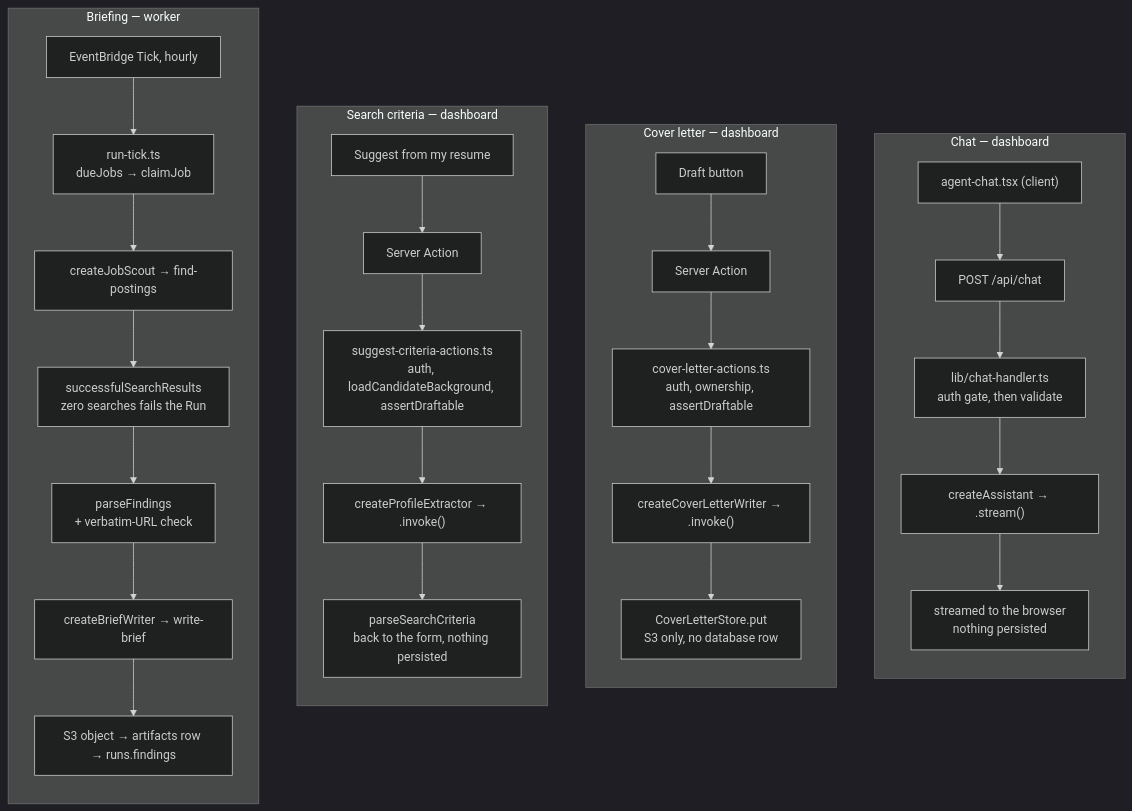
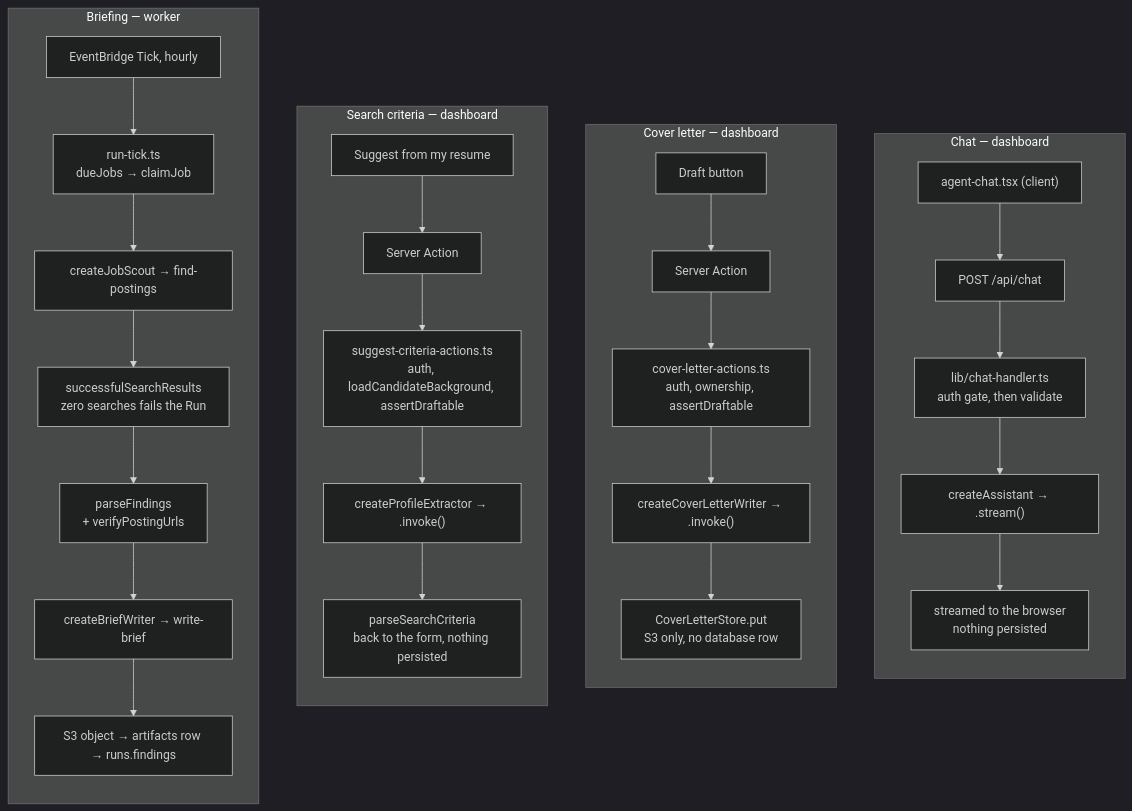
Before and after one commit to sunnyeyles/control-panel: the fourth of 5 diagrams in docs/agent-architecture.md, drawn with Mermaid (dark theme). The commit also changed other lines of this file and 8 other files, not shown here.

````diff
--- a/docs/agent-architecture.md
+++ b/docs/agent-architecture.md
@@ -238,36 +238,36 @@
 ```mermaid
 flowchart TD
     subgraph chat ["Chat — dashboard"]
         direction TB
         C1["agent-chat.tsx (client)"] --> C2["POST /api/chat"]
         C2 --> C3["lib/chat-handler.ts<br/>auth gate, then validate"]
         C3 --> C4["createAssistant → .stream()"]
         C4 --> C5["streamed to the browser<br/>nothing persisted"]
     end
 
     subgraph letter ["Cover letter — dashboard"]
         direction TB
         L1["Draft button"] --> L2["Server Action"]
         L2 --> L3["cover-letter-actions.ts<br/>auth, ownership, assertDraftable"]
         L3 --> L4["createCoverLetterWriter → .invoke()"]
         L4 --> L5["CoverLetterStore.put<br/>S3 only, no database row"]
     end
 
     subgraph criteria ["Search criteria — dashboard"]
         direction TB
         S1["Suggest from my resume"] --> S2["Server Action"]
         S2 --> S3["suggest-criteria-actions.ts<br/>auth, loadCandidateBackground, assertDraftable"]
         S3 --> S4["createProfileExtractor → .invoke()"]
         S4 --> S5["parseSearchCriteria<br/>back to the form, nothing persisted"]
     end
 
     subgraph brief ["Briefing — worker"]
         direction TB
         B1["EventBridge Tick, hourly"] --> B2["run-tick.ts<br/>dueJobs → claimJob"]
         B2 --> B3["createJobScout → find-postings"]
         B3 --> B4["successfulSearchResults<br/>zero searches fails the Run"]
-        B4 --> B5["parseFindings<br/>+ verbatim-URL check"]
+        B4 --> B5["parseFindings<br/>+ verifyPostingUrls"]
         B5 --> B6["createBriefWriter → write-brief"]
         B6 --> B7["S3 object → artifacts row → runs.findings"]
     end
 ```
````
